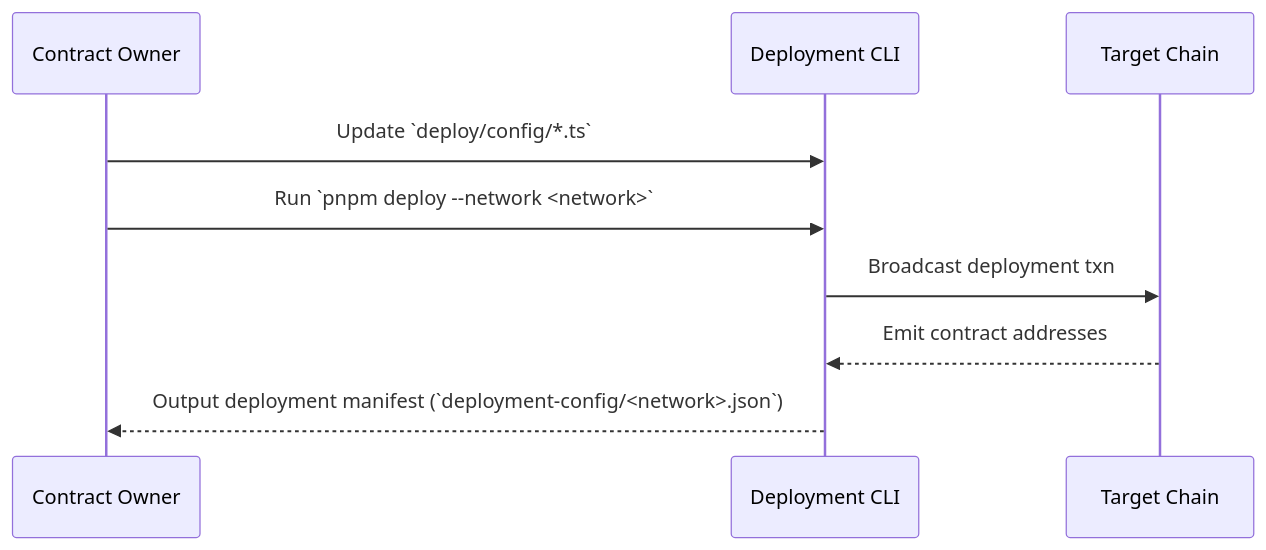
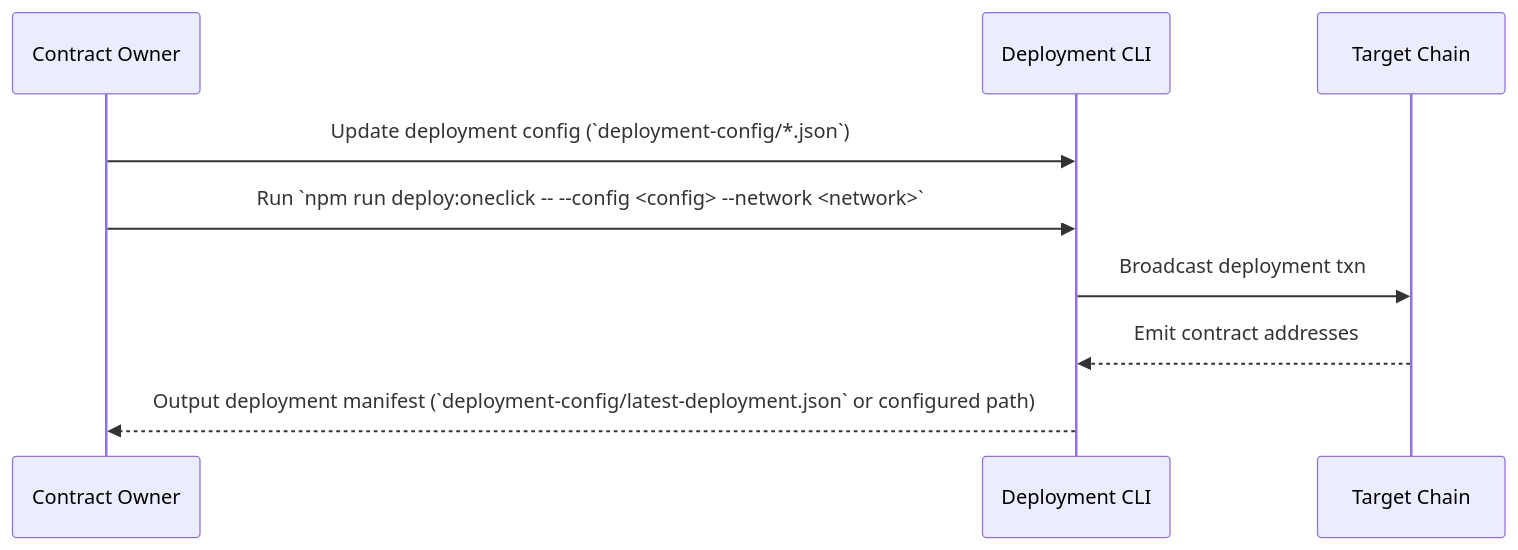
One commit to MontrealAI/AGIJobsv0 changed the second of 2 diagrams in docs/operations_guide.md. Above: the diagram before and after it, drawn with Mermaid. The commit also changed other lines of this file, not shown here.

````diff
--- a/docs/operations_guide.md
+++ b/docs/operations_guide.md
@@ -56,12 +67,12 @@
 ```mermaid
 sequenceDiagram
     participant Owner as Contract Owner
     participant CLI as Deployment CLI
     participant Chain as Target Chain
 
-    Owner->>CLI: Update `deploy/config/*.ts`
-    Owner->>CLI: Run `pnpm deploy --network <network>`
+    Owner->>CLI: Update deployment config (`deployment-config/*.json`)
+    Owner->>CLI: Run `npm run deploy:oneclick -- --config <config> --network <network>`
     CLI->>Chain: Broadcast deployment txn
     Chain-->>CLI: Emit contract addresses
-    CLI-->>Owner: Output deployment manifest (`deployment-config/<network>.json`)
+    CLI-->>Owner: Output deployment manifest (`deployment-config/latest-deployment.json` or configured path)
 ```
````
